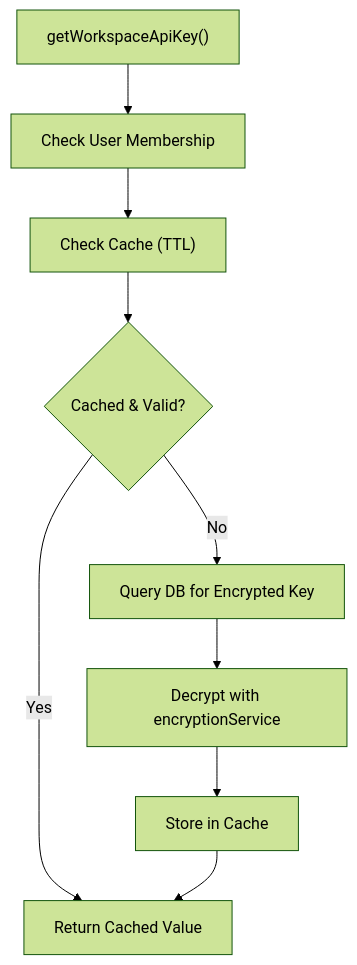
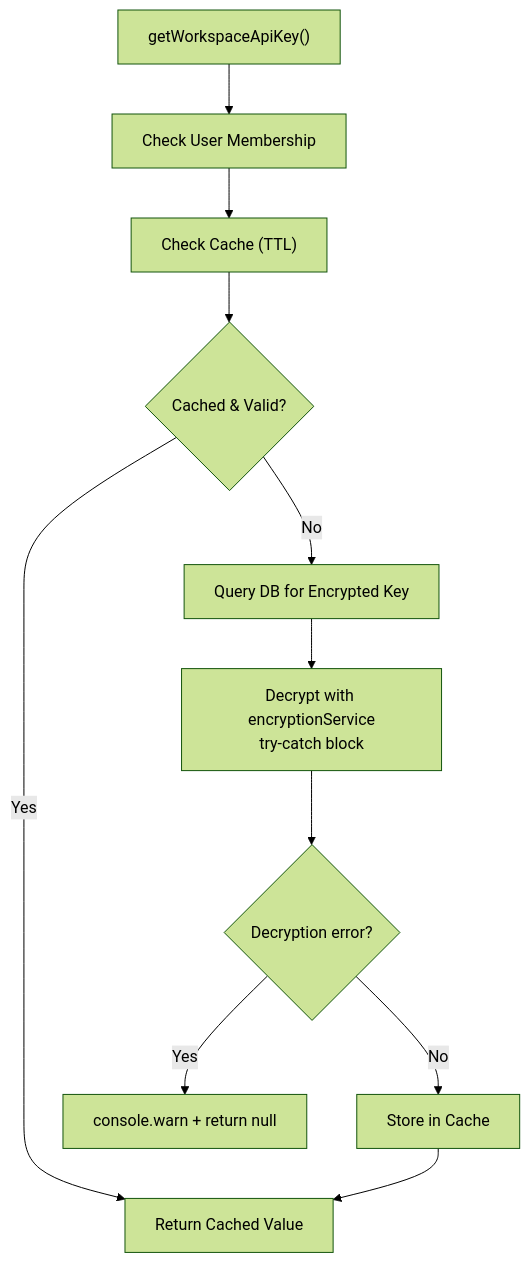
Diagram 12 of 14 in .qoder/repowiki/en/content/Security & Privacy/Security & Privacy.md (shekhargiri005-dotcom/AI-powered-accessibility-first-UI-engine), drawn with Mermaid (forest theme) before and after one commit. The commit also changed other lines of this file and 71 other files, not shown here.

````diff
--- a/.qoder/repowiki/en/content/Security & Privacy/Security & Privacy.md
+++ b/.qoder/repowiki/en/content/Security & Privacy/Security & Privacy.md
@@ -517,11 +518,13 @@
 ```mermaid
 flowchart TD
 Request["getWorkspaceApiKey()"] --> Auth["Check User Membership"]
 Auth --> Cache["Check Cache (TTL)"]
 Cache --> Cached{"Cached & Valid?"}
 Cached --> |Yes| Return["Return Cached Value"]
 Cached --> |No| DB["Query DB for Encrypted Key"]
-DB --> Decrypt["Decrypt with encryptionService"]
-Decrypt --> CacheStore["Store in Cache"]
+DB --> Decrypt["Decrypt with encryptionService<br/>try-catch block"]
+Decrypt --> ErrorCheck{"Decryption error?"}
+ErrorCheck --> |Yes| Warn["console.warn + return null"]
+ErrorCheck --> |No| CacheStore["Store in Cache"]
 CacheStore --> Return
 ```
````
